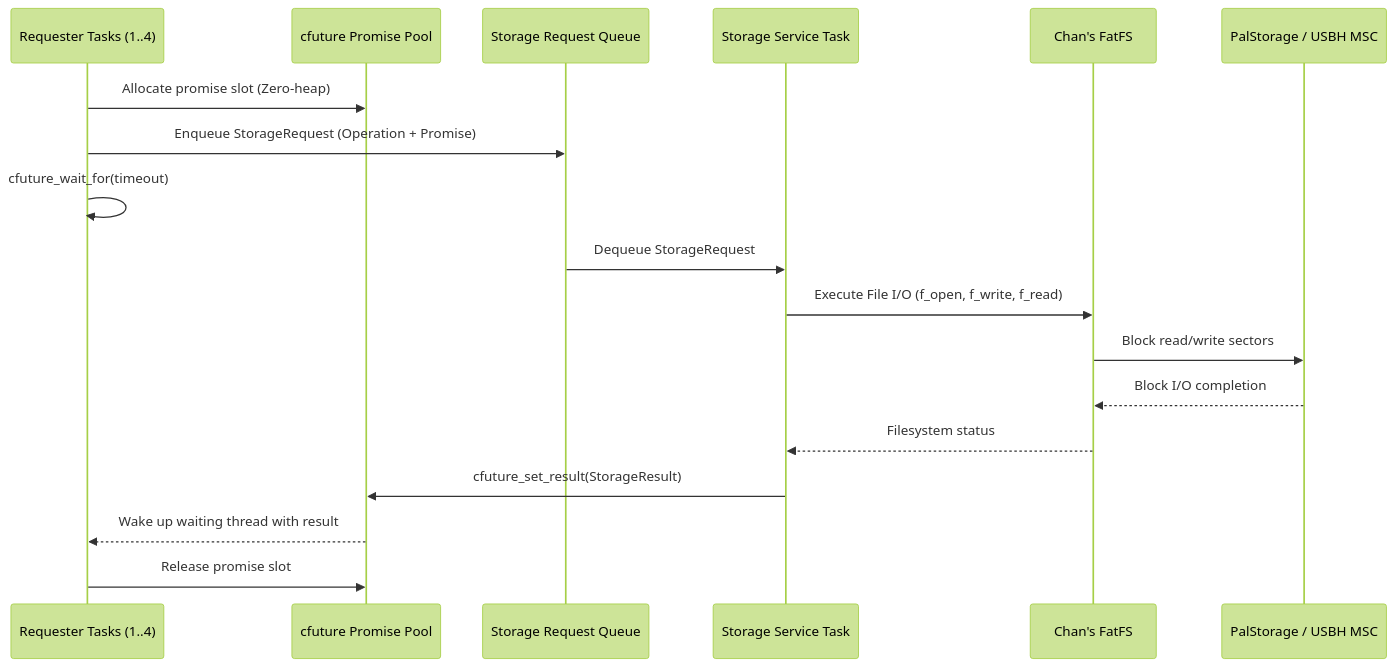
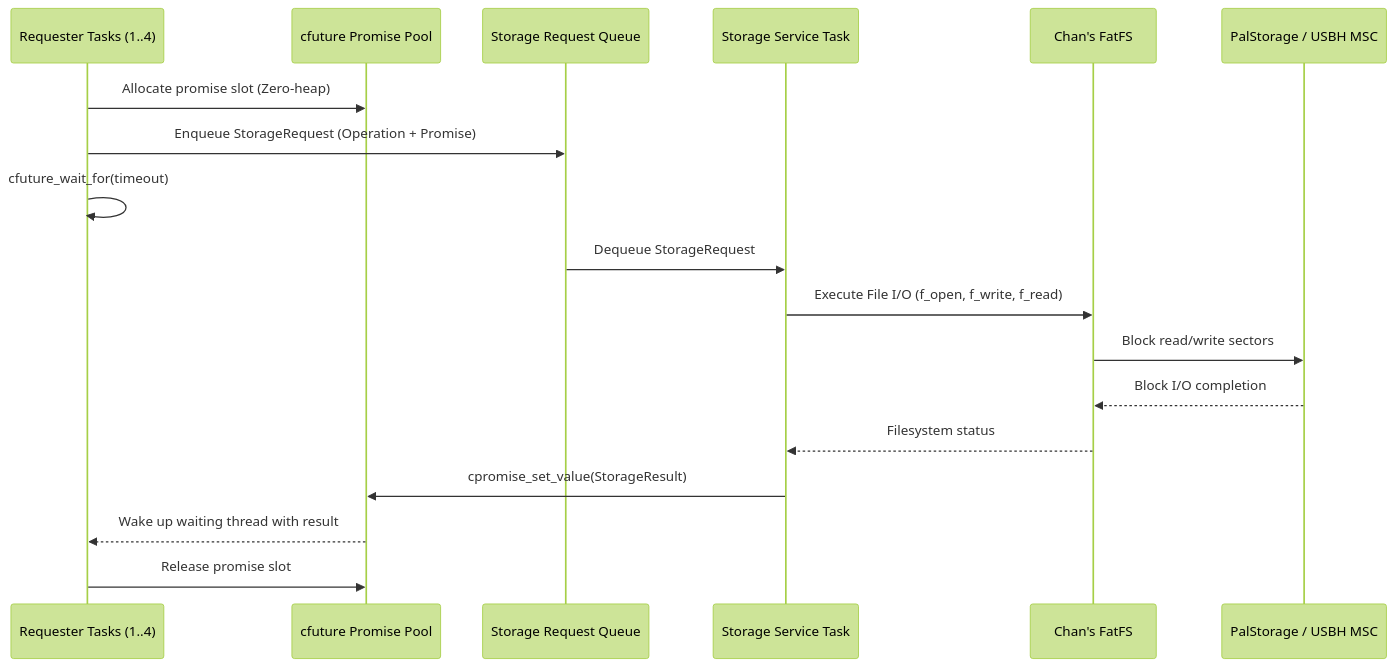
The second of 3 diagrams in README.md (Mrunmoy/STM32F407VGT6), drawn with Mermaid (forest theme) before and after one commit. The commit also changed other lines of this file, not shown here.

````diff
--- a/README.md
+++ b/README.md
@@ -170,23 +173,23 @@
 ```mermaid
 sequenceDiagram
     participant Client as Requester Tasks (1..4)
     participant Pool as cfuture Promise Pool
     participant Queue as Storage Request Queue
     participant Svc as Storage Service Task
     participant FatFS as Chan's FatFS
     participant PAL as PalStorage / USBH MSC
 
     Client->>Pool: Allocate promise slot (Zero-heap)
     Client->>Queue: Enqueue StorageRequest (Operation + Promise)
     Client->>Client: cfuture_wait_for(timeout)
     
     Queue->>Svc: Dequeue StorageRequest
     Svc->>FatFS: Execute File I/O (f_open, f_write, f_read)
     FatFS->>PAL: Block read/write sectors
     PAL-->>FatFS: Block I/O completion
     FatFS-->>Svc: Filesystem status
     
-    Svc->>Pool: cfuture_set_result(StorageResult)
+    Svc->>Pool: cpromise_set_value(StorageResult)
     Pool-->>Client: Wake up waiting thread with result
     Client->>Pool: Release promise slot
 ```
````
